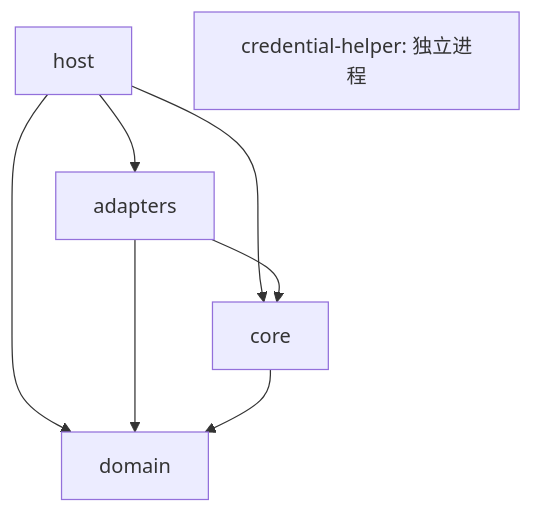
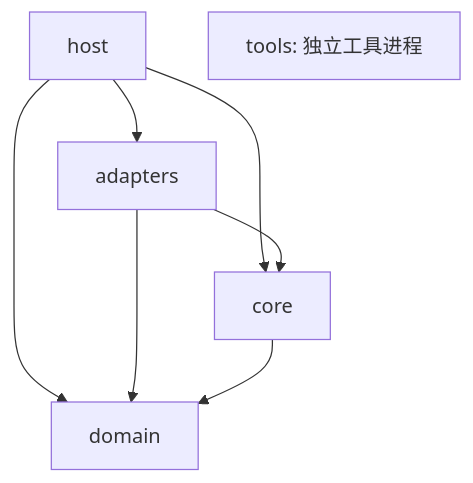
The diagram in docs/crates/overview.md (xfork24/devdesk), drawn with Mermaid before and after one commit. The commit also changed other lines of this file and 81 other files, not shown here.

````diff
--- a/docs/crates/overview.md
+++ b/docs/crates/overview.md
@@ -23,10 +23,10 @@
 ```mermaid
 flowchart TD
     H[host] --> A[adapters]
     H --> C[core]
     H --> D[domain]
     A --> C
     A --> D
     C --> D
-    K[credential-helper: 独立进程]
+    K[tools: 独立工具进程]
 ```
````
